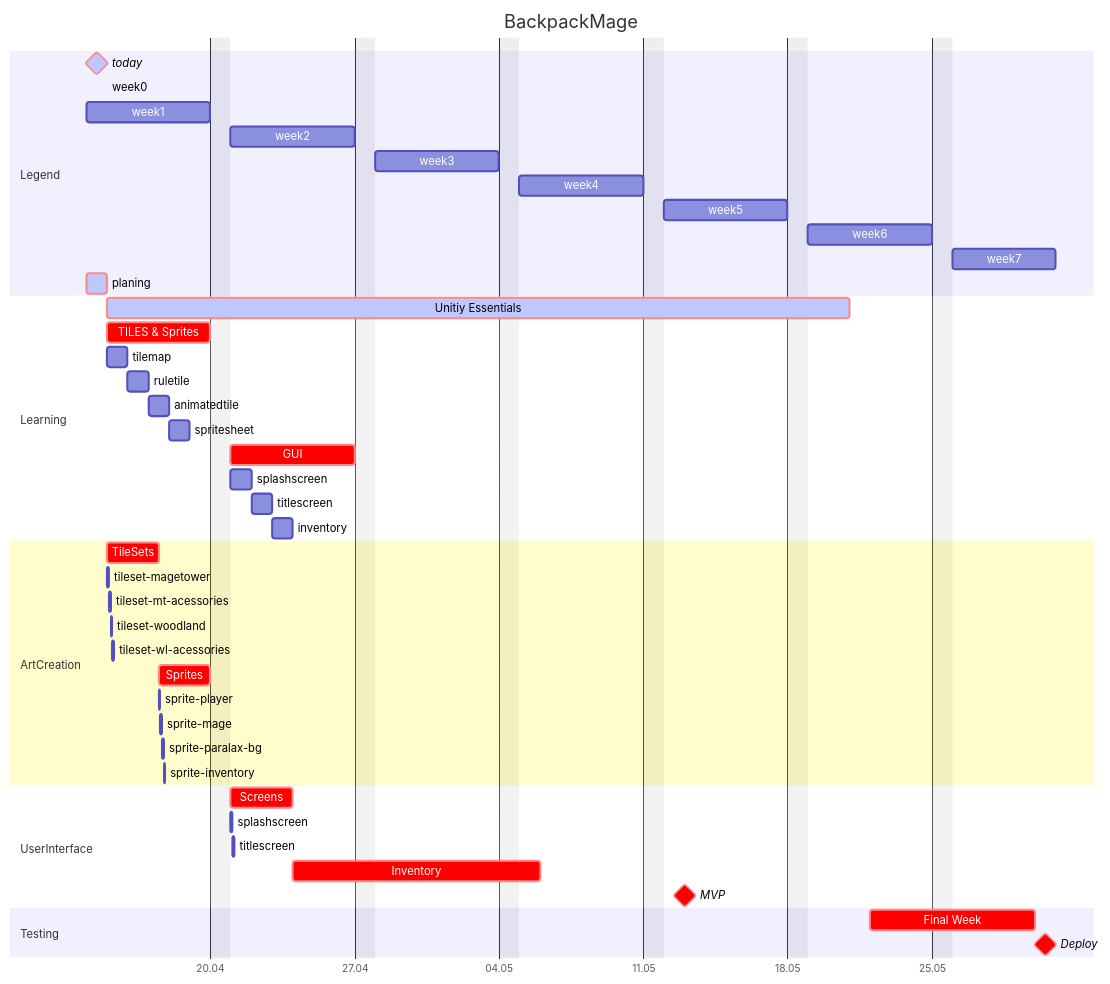
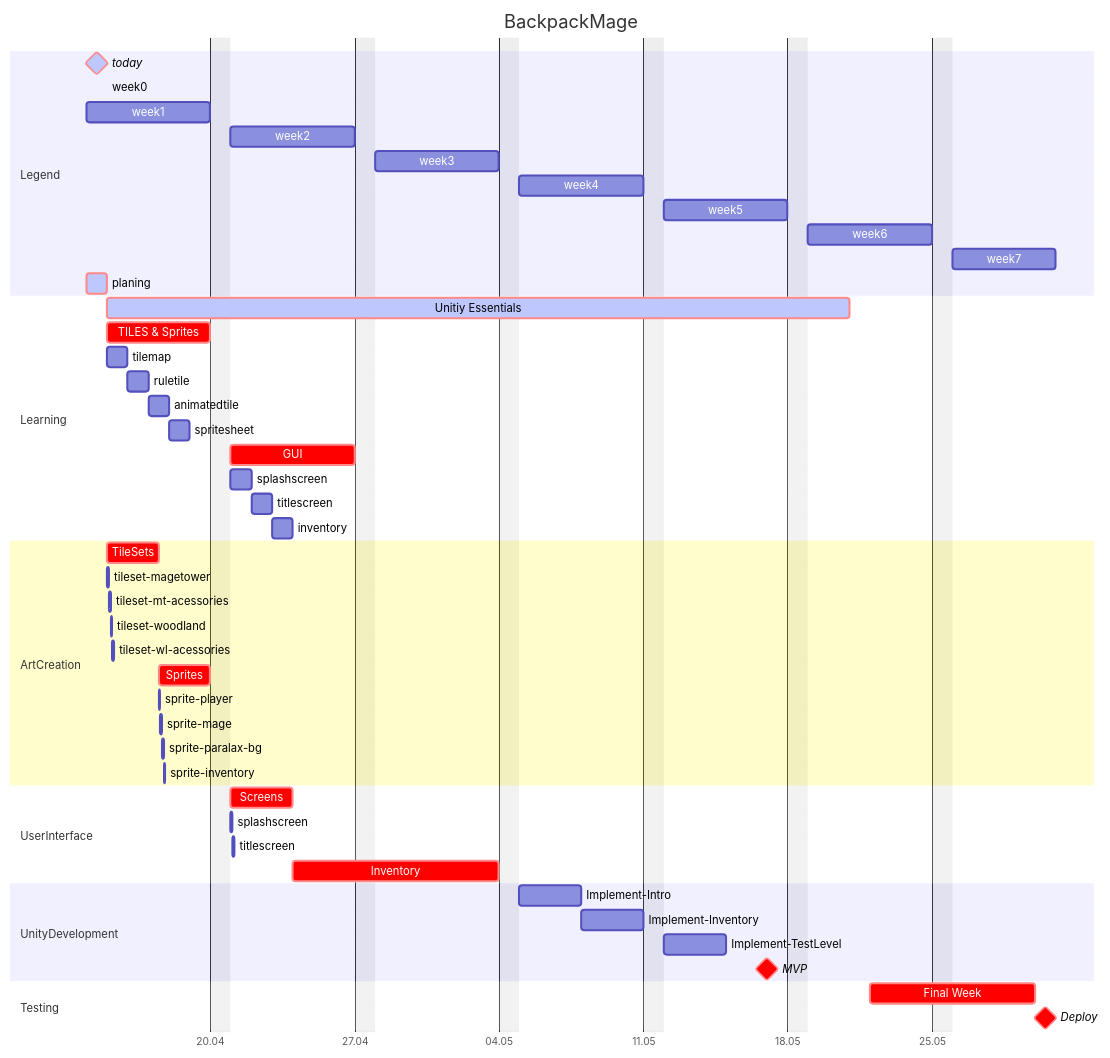
One commit to IxI-Enki/backpackmage changed the diagram in README.md. Above: the diagram before and after it, drawn with Mermaid. The commit also changed other lines of this file, not shown here.

````diff
--- a/README.md
+++ b/README.md
@@ -12,77 +12,83 @@
 ```mermaid
 gantt
     %%   T I T L E
     title BackpackMage
 
     dateFormat DD-MM-YYYY
     excludes sunday
 
     axisFormat %d.%m
 
     section Legend
         today : milestone, crit, active, t0, 14-04-2025, 24h
         week0 : w0, 15-04-2025, 1m
         week1 : w1, 14-04-2025, 6d
         week2 : w2, 21-04-2025, 6d
         week3 : w3, 28-04-2025, 6d
         week4 : w4, 05-05-2025, 6d
         week5 : w5, 12-05-2025, 6d
         week6 : w6, 19-05-2025, 6d
         week7 : w7, 26-05-2025, 5d
 
         planing               : active , crit , plan , 14-04-2025 , 1d
     section Learning
         Unitiy Essentials     : active , crit ,  U , after w0 , 31d
 
         TILES & Sprites       :          crit ,  t , after w0 ,  5d
         tilemap               :                 tm , after w0 ,  1d
 
         ruletile              :                 tr , after tm   ,  1d
         animatedtile          :                 ta , after tr   ,  1d
         spritesheet           :                  s , after ta   ,  1d
 
 
         GUI                   :          crit ,  g , after w1 ,  6d
         splashscreen          :                  s , after w1 ,  1d
         titlescreen           :                 ts , after s    ,  1d
 
         inventory             :                   i, after ts   ,  1d
 
 
 
     section ArtCreation
 
         %%   T I L E S E T S
         TileSets              :          crit , tis , after w0 , 60h
         tileset-magetower     :                 tsm , after w0 , 2h
         tileset-mt-acessories :                tsma , after tsm  , 2h
         tileset-woodland      :                 tsw , after tsma , 2h
         tileset-wl-acessories :                tswa , after tsw  , 2h
 
         %%   S P R I T E S
-        Sprites               :          crit , spr , after tis  , 60h
-        sprite-player         :                 spp , after tis  , 2h
-        sprite-mage           :                 spm , after spp  , 2h
-        sprite-paralax-bg     :                spgb , after spm  , 2h
-        sprite-inventory      :                spin , after spgb , 2h
+        Sprites               :          crit , spr , after tis   , 60h
+        sprite-player         :                 spp , after tis   , 2h
+        sprite-mage           :                 spm , after spp   , 2h
+        sprite-paralax-bg     :                spgb , after spm   , 2h
+        sprite-inventory      :                spin , after spgb  , 2h
 
     section UserInterface
-        Screens               :          crit , scr , after w1 , 3d
-        splashscreen          :                spls , after w1 , 2h
-        titlescreen           :                tits , after spls , 2h
+        Screens               :          crit , scr , after w1    , 3d
+        splashscreen          :                spls , after w1    , 2h
+        titlescreen           :                tits , after spls  , 2h
 
-        Inventory             :          crit , inv , after scr  , 10d
+        Inventory             :          crit , inv , after scr   , 9d
 
+    section UnityDevelopment
+        Implement-Intro       :               intro , after inv , 3d
+
+        Implement-Inventory   :               invent , after intro , 3d
+
+        Implement-TestLevel   :               test , after invent , 3d
 
     %%   M I N I M A L   V I A B L E   P R O J E C T
     %%
     MVP                       : milestone , crit , 18-05-2025
 
     section Testing
         Final Week            :          crit , fiw , 22-05-2025 , 7d
 
     %%   D E P L O Y M E N T
     %%
     Deploy                    : milestone , crit , 31-05-2025
 
 ```
````
